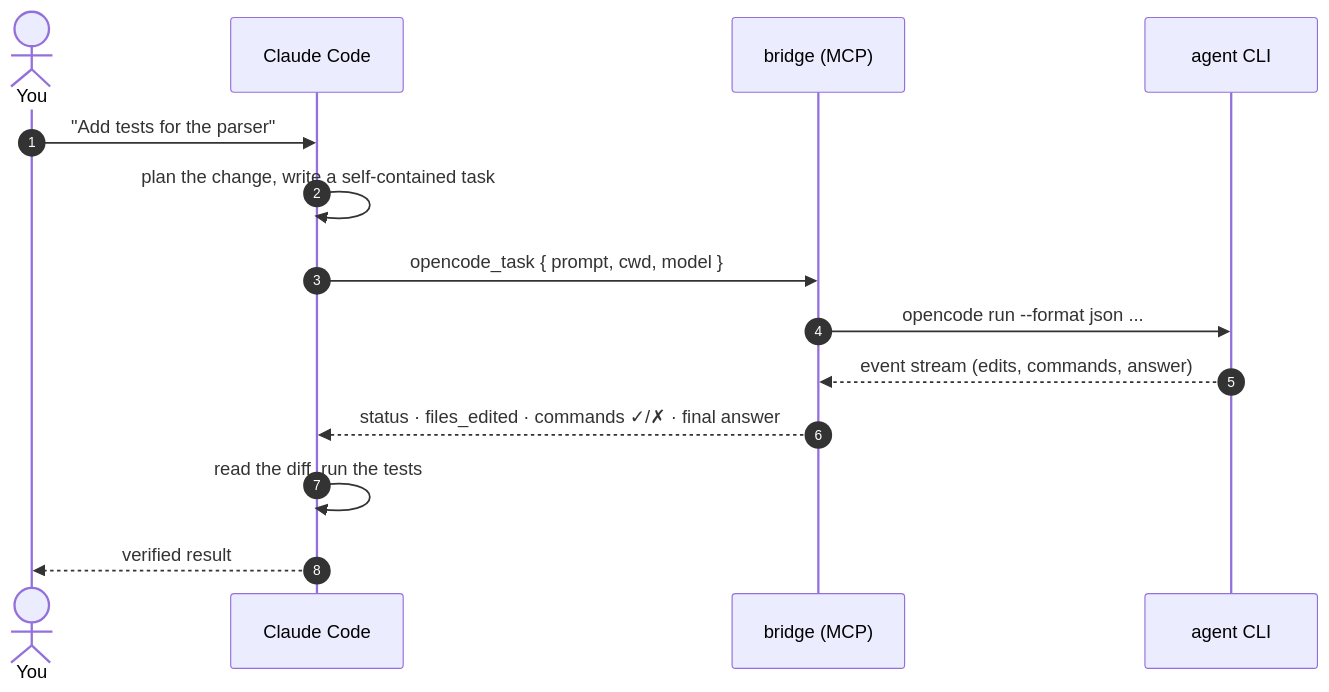
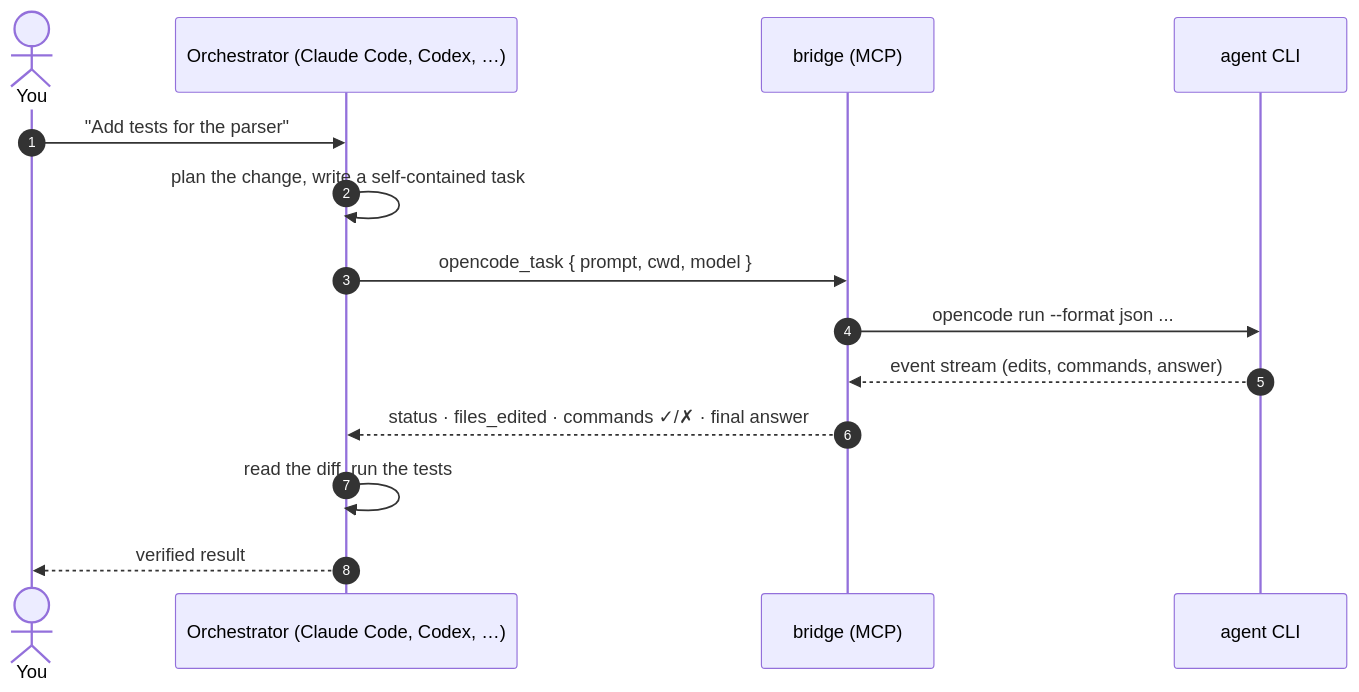
One commit to ddzendreros/mcp-agent-bridges changed the first of 2 diagrams in README.md. Above: the diagram before and after it, drawn with Mermaid. The commit also changed other lines of this file and 24 other files, not shown here.

First line of the commit message:
Add Claude and Codex bridges, setup and doctor commands, MCP tool annotations (1.2.0)

````diff
--- a/README.md
+++ b/README.md
@@ -79,16 +80,16 @@
 ```mermaid
 sequenceDiagram
     autonumber
     actor You
-    participant C as Claude Code
+    participant C as Orchestrator (Claude Code, Codex, …)
     participant B as bridge (MCP)
     participant A as agent CLI
     You->>C: "Add tests for the parser"
     C->>C: plan the change, write a self-contained task
     C->>B: opencode_task { prompt, cwd, model }
     B->>A: opencode run --format json ...
     A-->>B: event stream (edits, commands, answer)
     B-->>C: status · files_edited · commands ✓/✗ · final answer
     C->>C: read the diff, run the tests
     C-->>You: verified result
 ```
````
